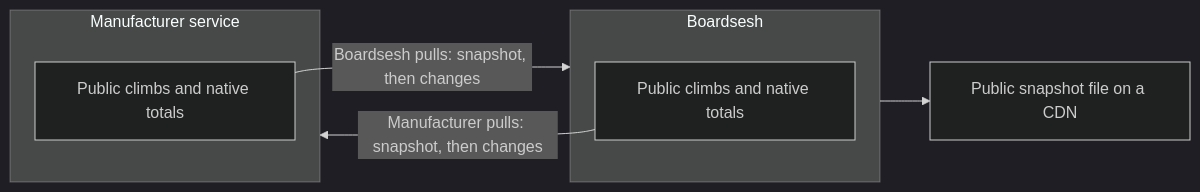
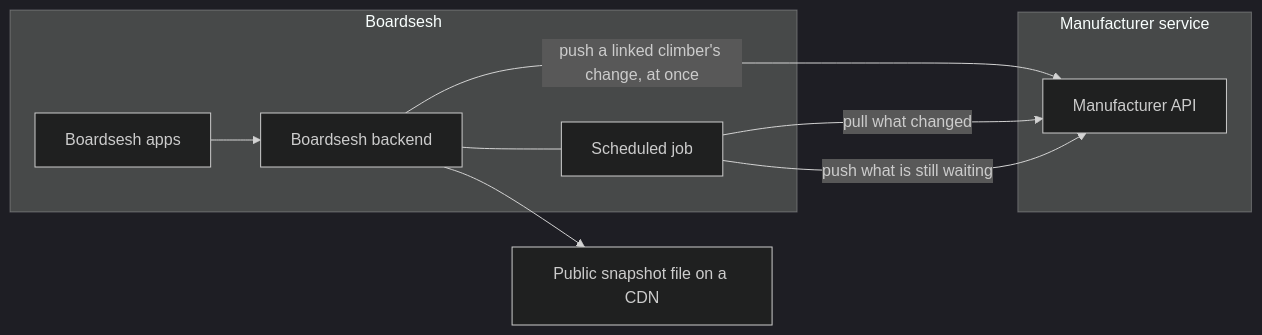
Before and after one commit to boardsesh/boardsesh: the diagram in docs/integrations/board-manufacturer-sync.md, drawn with Mermaid (dark theme). The commit also changed other lines of this file and 4 other files, not shown here.

First line of the commit message:
docs: rewrite the manufacturer sync proposal around Boardsesh pulling and pushing

````diff
--- a/docs/integrations/board-manufacturer-sync.md
+++ b/docs/integrations/board-manufacturer-sync.md
@@ -115,12 +129,14 @@
 ```mermaid
 flowchart LR
+  subgraph B[Boardsesh]
+    BA[Boardsesh apps] --> BB[Boardsesh backend]
+    BB --- J[Scheduled job]
+  end
   subgraph M[Manufacturer service]
-    MC[Public climbs and native totals]
+    MA[Manufacturer API]
   end
-  subgraph B[Boardsesh]
-    BC[Public climbs and native totals]
-  end
-  MC -->|Boardsesh pulls: snapshot, then changes| B
-  BC -->|Manufacturer pulls: snapshot, then changes| M
-  B --> CDN[Public snapshot file on a CDN]
+  BB -->|push a linked climber's change, at once| MA
+  J -->|pull what changed| MA
+  J -->|push what is still waiting| MA
+  BB --> CDN[Public snapshot file on a CDN]
 ```
````
